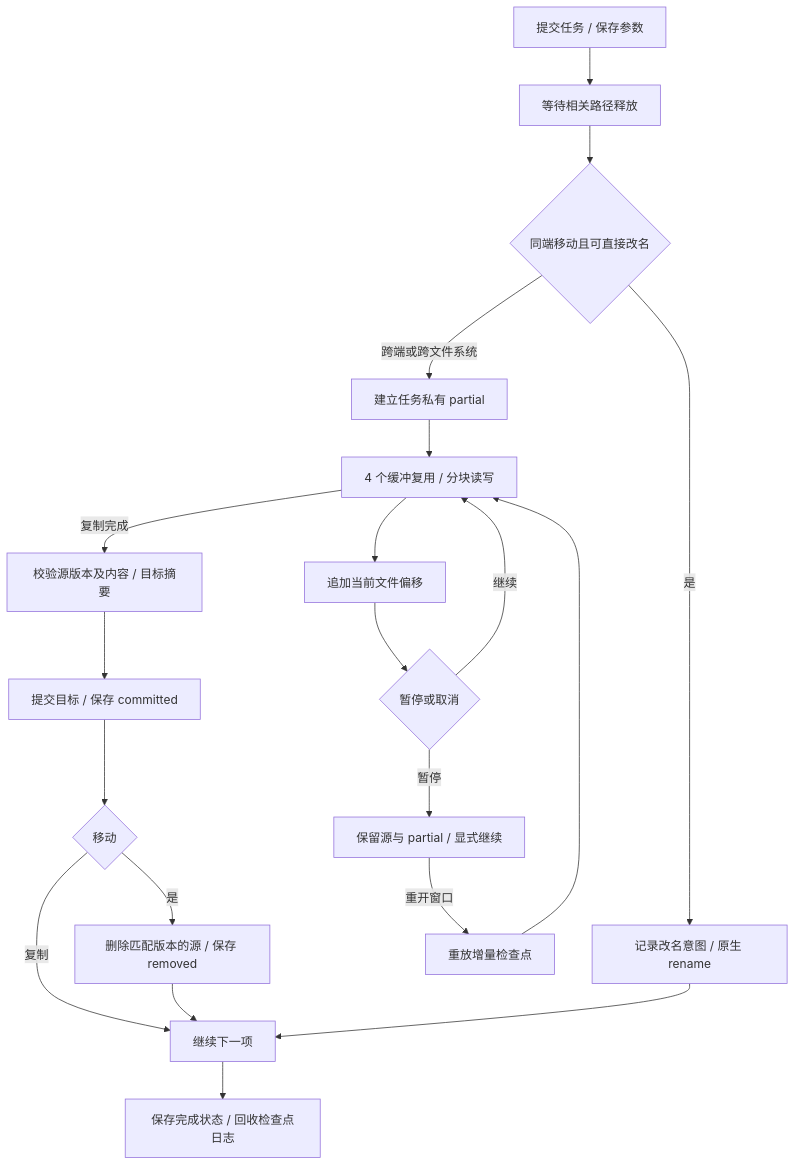
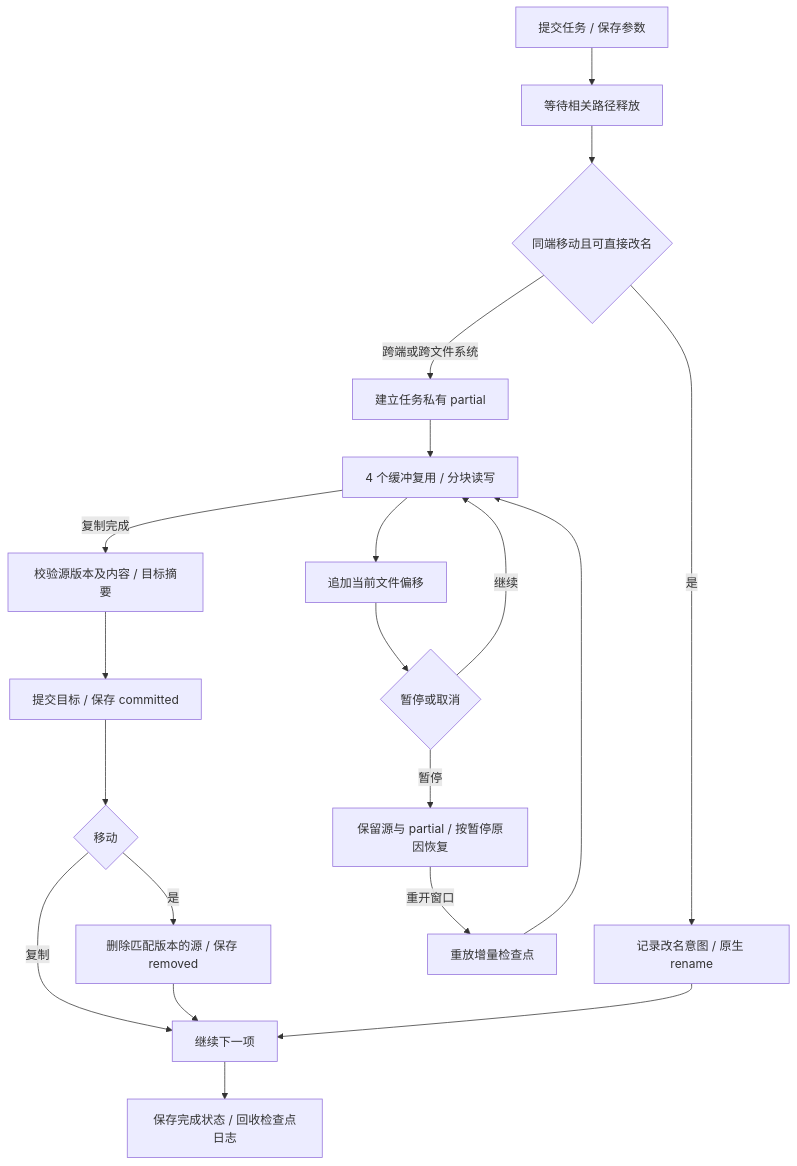
Before and after one commit to jiale-li-orion/Wayfarer: the second of 4 diagrams in ARCHITECTURE.md, drawn with Mermaid. The commit also changed other lines of this file and 22 other files, not shown here.

````diff
--- a/ARCHITECTURE.md
+++ b/ARCHITECTURE.md
@@ -41,22 +41,22 @@
 ```mermaid
 flowchart TD
  A[提交任务 / 保存参数] --> B[等待相关路径释放]
  B --> C{同端移动且可直接改名}
  C -->|是| D[记录改名意图 / 原生 rename]
  C -->|跨端或跨文件系统| E[建立任务私有 partial]
  E --> F[4 个缓冲复用 / 分块读写]
  F --> G[追加当前文件偏移]
  G --> H{暂停或取消}
- H -->|暂停| I[保留源与 partial / 显式继续]
+ H -->|暂停| I[保留源与 partial / 按暂停原因恢复]
  H -->|继续| F
  F -->|复制完成| J[校验源版本及内容 / 目标摘要]
  J --> K[提交目标 / 保存 committed]
  K --> L{移动}
  L -->|是| M[删除匹配版本的源 / 保存 removed]
  L -->|复制| N[继续下一项]
  M --> N
  D --> N
  N --> O[保存完成状态 / 回收检查点日志]
  I -->|重开窗口| P[重放增量检查点]
  P --> F
 ```
````
